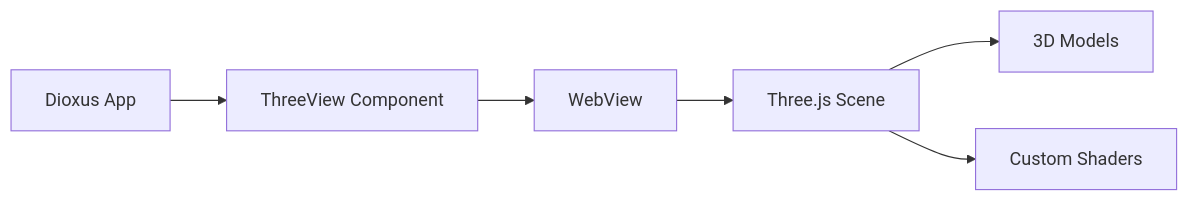
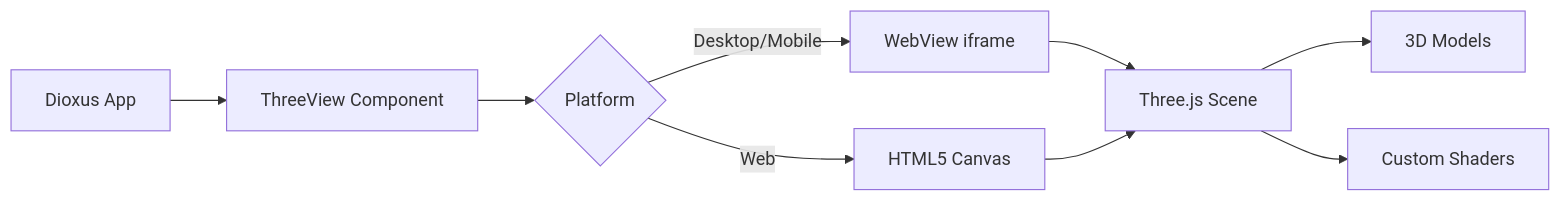
Before and after one commit to eftech93/dioxus-three: the diagram in docs/README.md, drawn with Mermaid. The commit also changed other lines of this file and 23 other files, not shown here.

````diff
--- a/docs/README.md
+++ b/docs/README.md
@@ -5,8 +13,11 @@
 ```mermaid
 graph LR
     A[Dioxus App] --> B[ThreeView Component]
-    B --> C[WebView]
-    C --> D[Three.js Scene]
-    D --> E[3D Models]
-    D --> F[Custom Shaders]
+    B --> C{Platform}
+    C -->|Desktop/Mobile| D[WebView iframe]
+    C -->|Web| E[HTML5 Canvas]
+    D --> F[Three.js Scene]
+    E --> F
+    F --> G[3D Models]
+    F --> H[Custom Shaders]
 ```
````
